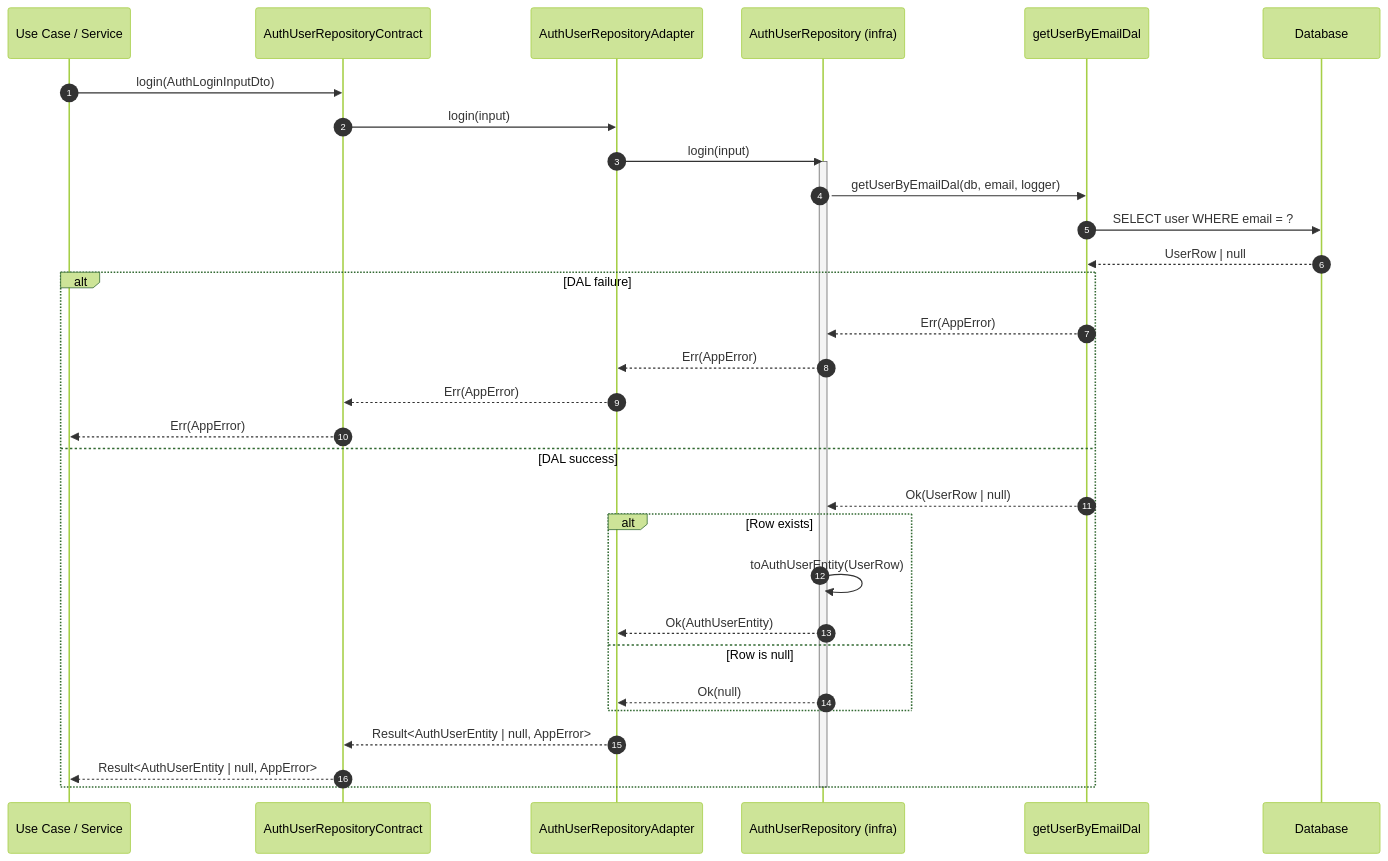
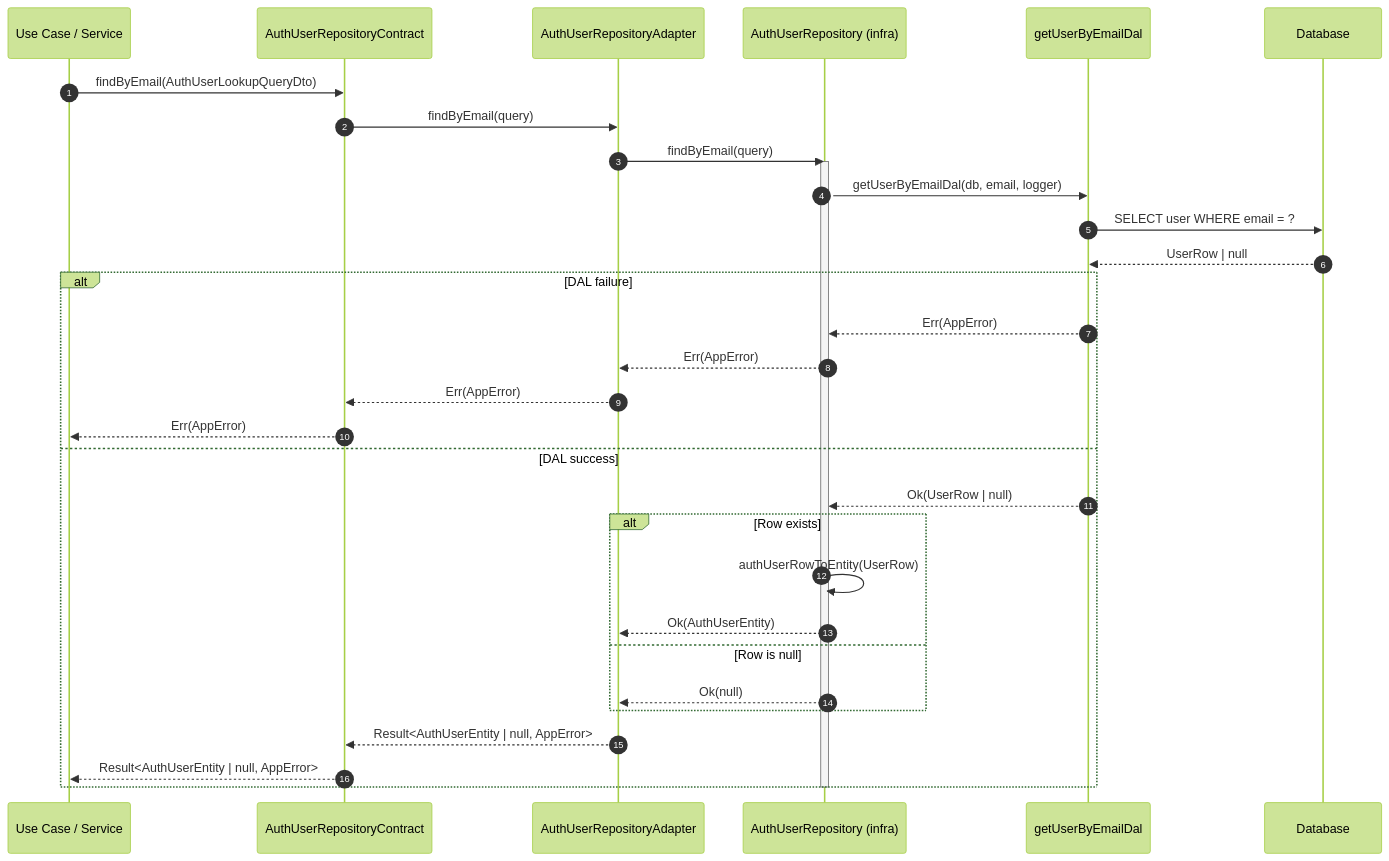
The fifth of 6 diagrams in src/modules/auth/notes/sequence-diagrams.md (andrewpetersondev/nextjs-dashboard), drawn with Mermaid (forest theme) before and after one commit. The commit also changed other lines of this file and 1 other file, not shown here.

Commit message:
docs: update flowcharts and sequence diagrams for login workflow and session establishment, enhancing clarity and anti-enumeration logic

````diff
--- a/src/modules/auth/notes/sequence-diagrams.md
+++ b/src/modules/auth/notes/sequence-diagrams.md
@@ -188,44 +201,44 @@
 ```mermaid
 sequenceDiagram
   autonumber
 
   participant UC as Use Case / Service
   participant PORT as AuthUserRepositoryContract
   participant AD as AuthUserRepositoryAdapter
   participant REPO as AuthUserRepository (infra)
   participant DAL as getUserByEmailDal
   participant DB as Database
 
-  UC->>PORT: login(AuthLoginInputDto)
+  UC->>PORT: findByEmail(AuthUserLookupQueryDto)
 
-  PORT->>AD: login(input)
-  AD->>REPO: login(input)
+  PORT->>AD: findByEmail(query)
+  AD->>REPO: findByEmail(query)
 
   activate REPO
 
   REPO->>DAL: getUserByEmailDal(db, email, logger)
 
   DAL->>DB: SELECT user WHERE email = ?
   DB-->>DAL: UserRow | null
 
   alt DAL failure
     DAL-->>REPO: Err(AppError)
     REPO-->>AD: Err(AppError)
     AD-->>PORT: Err(AppError)
     PORT-->>UC: Err(AppError)
   else DAL success
     DAL-->>REPO: Ok(UserRow | null)
 
     alt Row exists
-      REPO->>REPO: toAuthUserEntity(UserRow)
+      REPO->>REPO: authUserRowToEntity(UserRow)
       REPO-->>AD: Ok(AuthUserEntity)
     else Row is null
       REPO-->>AD: Ok(null)
     end
 
     AD-->>PORT: Result<AuthUserEntity | null, AppError>
     PORT-->>UC: Result<AuthUserEntity | null, AppError>
   end
 
   deactivate REPO
 ```
````
